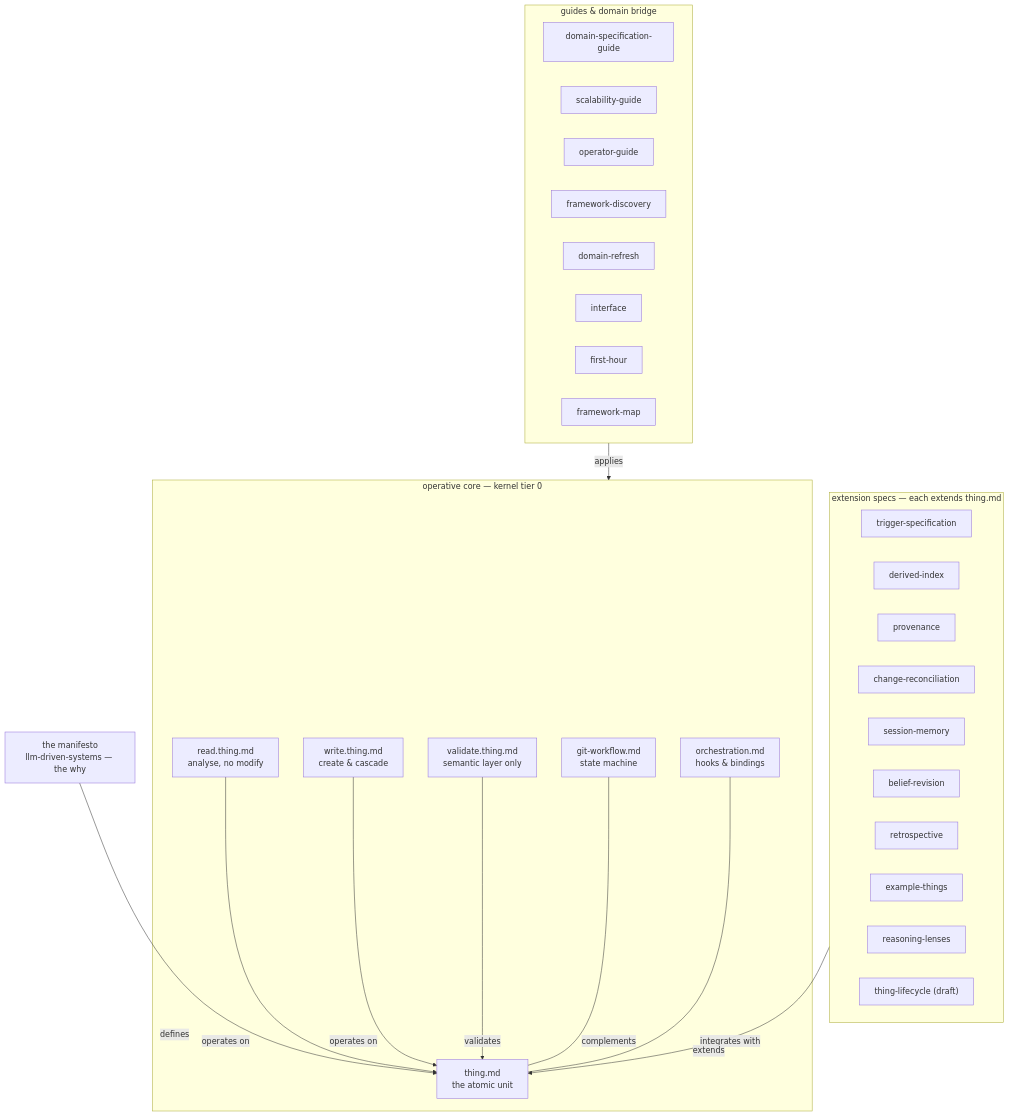
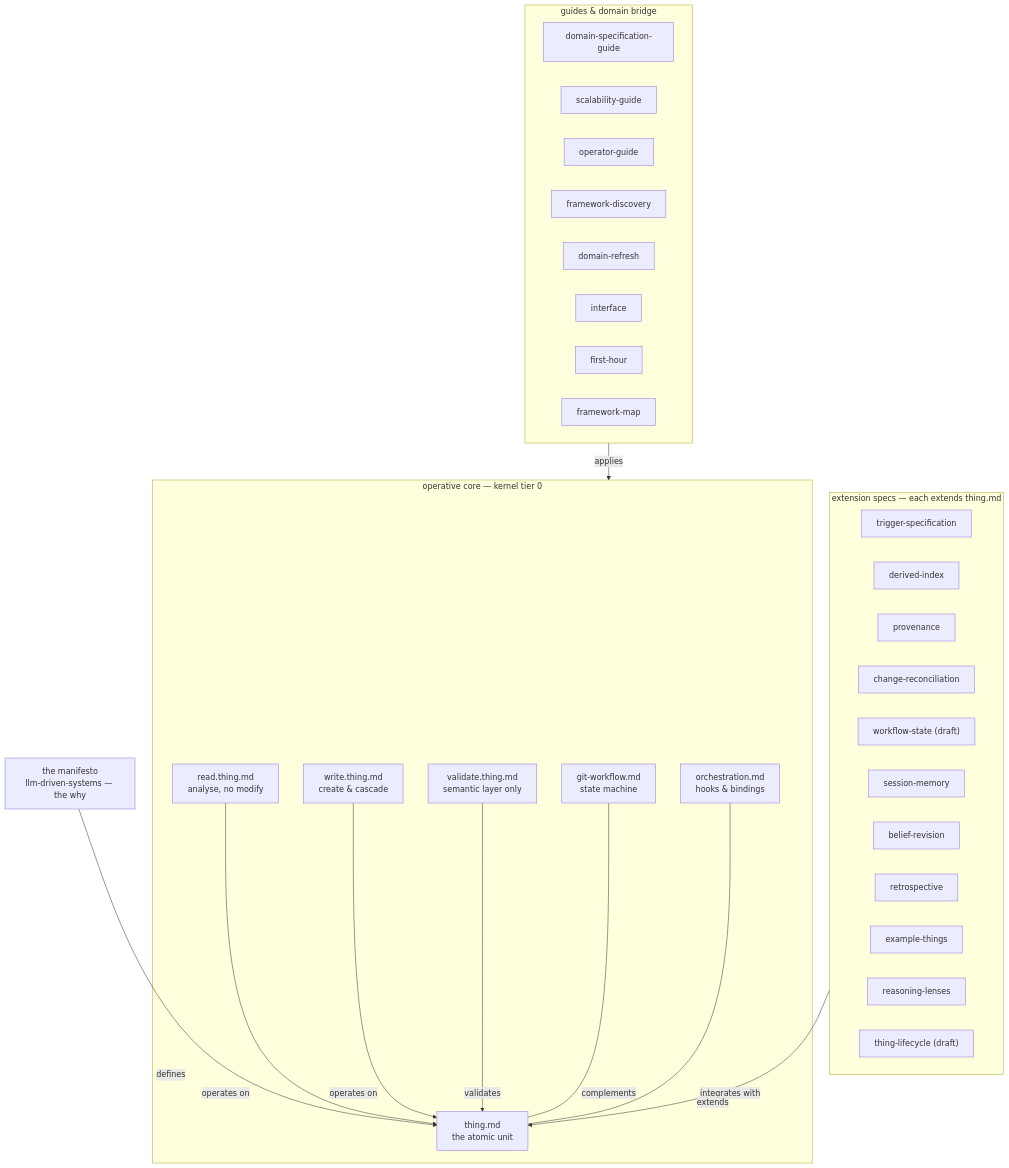
The second of 3 diagrams in framework-map.md (JanoshMoshiri/MarkdownLLM), drawn with Mermaid before and after one commit. The commit also changed other lines of this file and 17 other files, not shown here.

````diff
--- a/framework-map.md
+++ b/framework-map.md
@@ -104,43 +104,44 @@
 ```mermaid
 flowchart TD
     MAN["the manifesto<br/>llm-driven-systems — the why"]
     subgraph core ["operative core — kernel tier 0"]
         GITW["git-workflow.md<br/>state machine"]
         THING["thing.md<br/>the atomic unit"]
         ORCH["orchestration.md<br/>hooks & bindings"]
         READ["read.thing.md<br/>analyse, no modify"]
         WRITE["write.thing.md<br/>create & cascade"]
         VAL["validate.thing.md<br/>semantic layer only"]
     end
     subgraph ext ["extension specs — each extends thing.md"]
         TRIG["trigger-specification"]
         DIDX["derived-index"]
         PROV["provenance"]
         CRECON["change-reconciliation"]
+        WSTATE["workflow-state (draft)"]
         SMEM["session-memory"]
         BREV["belief-revision"]
         RETRO["retrospective"]
         EXTH["example-things"]
         LENS["reasoning-lenses"]
         LIFE["thing-lifecycle (draft)"]
     end
     subgraph guides ["guides & domain bridge"]
         DSG["domain-specification-guide"]
         SCAL["scalability-guide"]
         OPG["operator-guide"]
         DISC["framework-discovery"]
         REFR["domain-refresh"]
         IFACE["interface"]
         FH["first-hour"]
         FMAP["framework-map"]
     end
 
     MAN -->|defines| THING
     READ -->|operates on| THING
     WRITE -->|operates on| THING
     VAL -->|validates| THING
     GITW ---|complements| THING
     ORCH ---|integrates with| THING
     ext -->|extends| THING
     guides -->|applies| core
 ```
````
